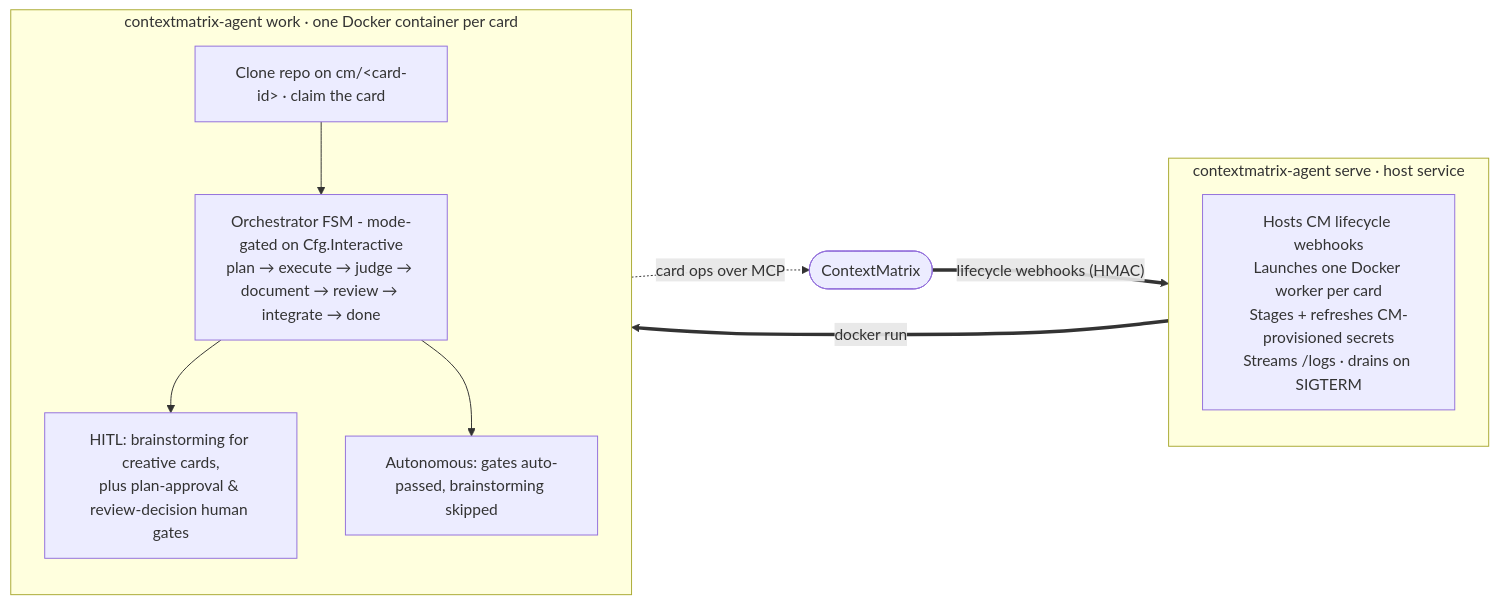
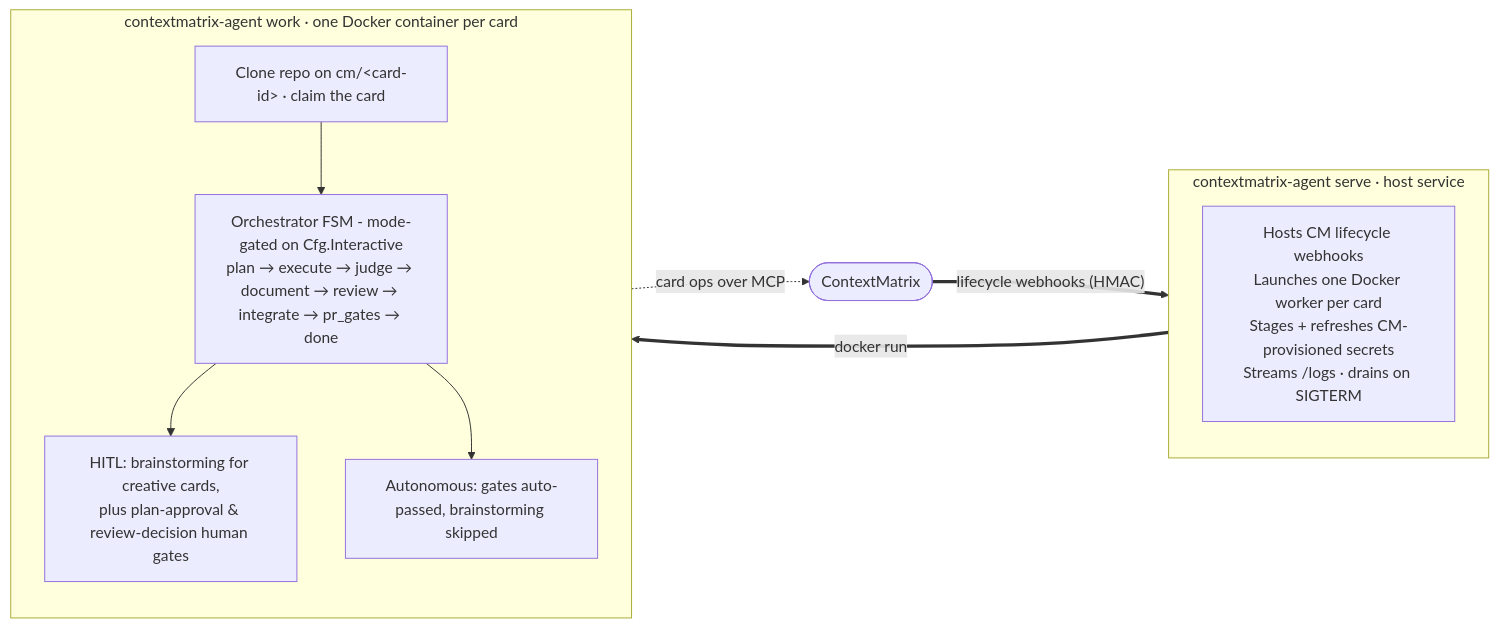
One commit to mhersson/contextmatrix-agent changed the diagram in README.md. Above: the diagram before and after it, drawn with Mermaid. The commit also changed 2 other files, not shown here.

Commit message:
docs(agent): document the pr_gates phase and gate wait knobs
- add pr_gates between integrate and done in every phase list
  (README mermaid diagram, AGENTS.md package table and domain rules)
- document the CMX_GATES_* worker knobs and CMX_CONTAINER_TIMEOUT_SECONDS
  emission in serve.yaml.example, including the CI-wait-timeout-floor
  and stale-pr_url gating behaviors
- add a PR gates domain rule covering Copilot's never-parks-on-
  unavailability behavior and the round-triage card sections

````diff
--- a/README.md
+++ b/README.md
@@ -39,24 +39,24 @@
 ```mermaid
 flowchart LR
     CM(["ContextMatrix"])
 
     subgraph serve["contextmatrix-agent serve · host service"]
         direction TB
         S["Hosts CM lifecycle webhooks<br/>Launches one Docker worker per card<br/>Stages + refreshes CM-provisioned secrets<br/>Streams /logs · drains on SIGTERM"]
     end
 
     subgraph work["contextmatrix-agent work · one Docker container per card"]
         direction TB
         W["Clone repo on cm/&lt;card-id&gt; · claim the card"]
-        FSM["Orchestrator FSM - mode-gated on Cfg.Interactive<br/>plan → execute → judge → document → review → integrate → done"]
+        FSM["Orchestrator FSM - mode-gated on Cfg.Interactive<br/>plan → execute → judge → document → review → integrate → pr_gates → done"]
         HITL["HITL: brainstorming for creative cards,<br/>plus plan-approval &amp; review-decision human gates"]
         AUTO["Autonomous: gates auto-passed, brainstorming skipped"]
         W --> FSM
         FSM --> HITL
         FSM --> AUTO
     end
 
     CM ==>|"lifecycle webhooks (HMAC)"| S
     S ==>|"docker run"| W
     W -.->|"card ops over MCP"| CM
 ```
````
